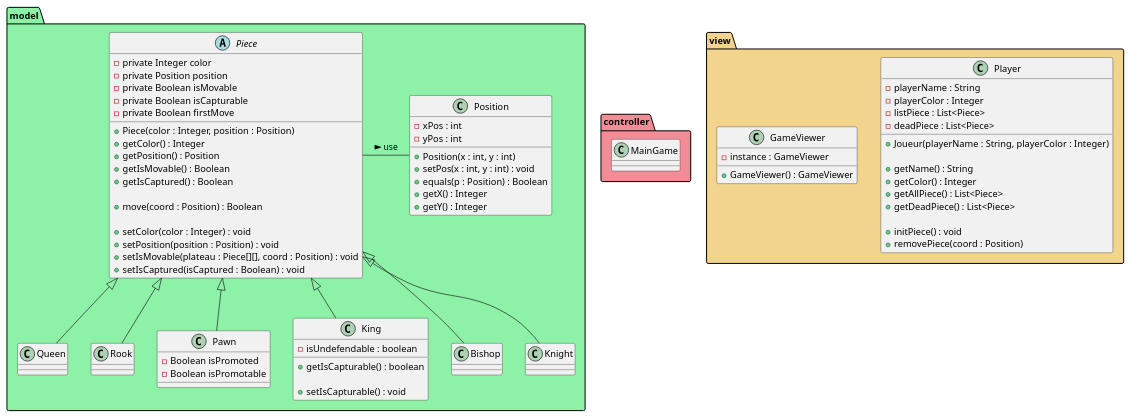
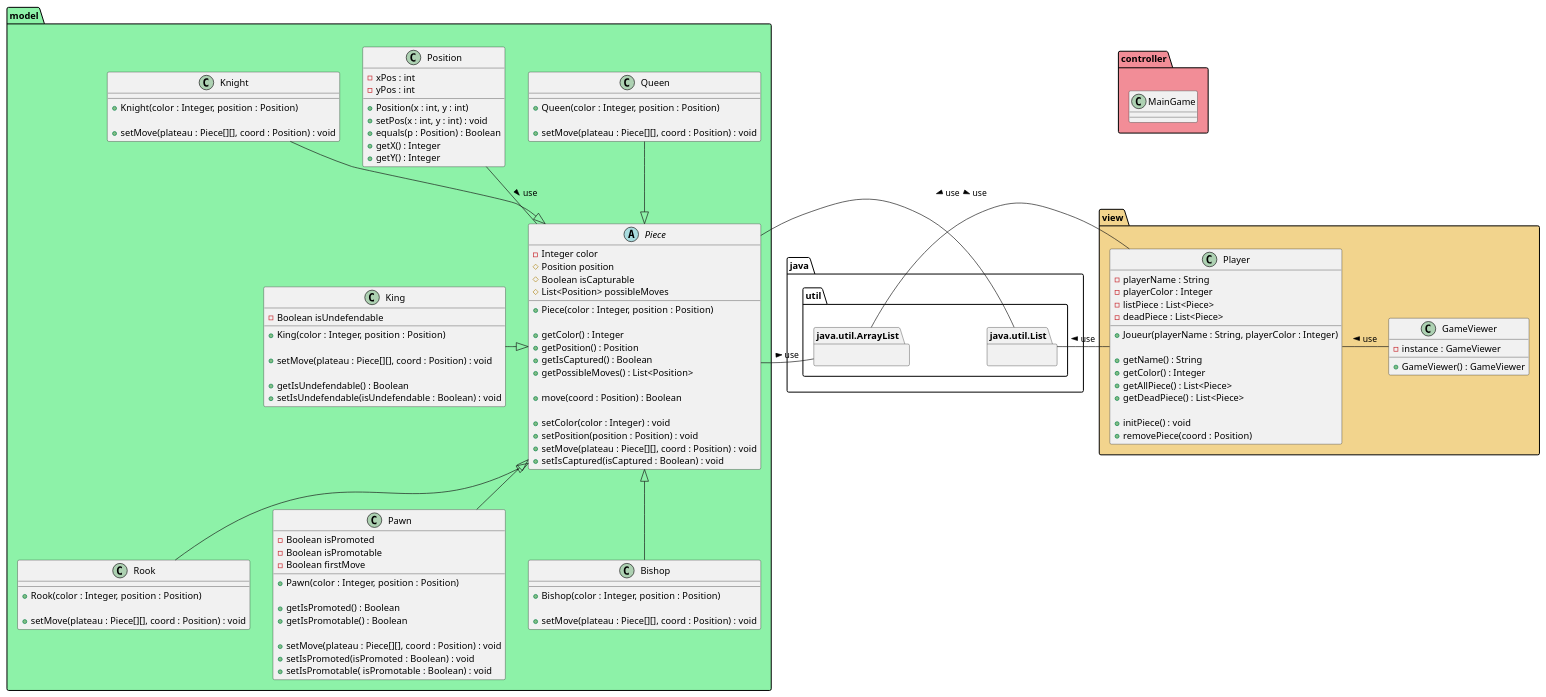
The diagram in uml/Class_Diagram_Chessgame.puml (Lienub/ChessGame), drawn with PlantUML before and after one commit. The commit also changed 19 other files, not shown here.

Commit message:
Suite UML & Dev. Model

```diff
--- a/uml/Class_Diagram_Chessgame.puml
+++ b/uml/Class_Diagram_Chessgame.puml
@@ -1,107 +1,148 @@
 @startuml
 /'=================================
-  ===          MODEL           ===
+  ===          IMPORT           ===
+  ================================='/
+  package java.util.List{}
+  package java.util.ArrayList{}
+/'=================================
+  ===          MODEL            ===
   ================================='/
 package model #8df2a8{
     abstract class Piece {
-        - private Integer color
-        - private Position position
-        - private Boolean isMovable
-        - private Boolean isCapturable
-        - private Boolean firstMove
+        - Integer color
+        # Position position
+        # Boolean isCapturable
+        # List<Position> possibleMoves
 
         + Piece(color : Integer, position : Position)
+
         + getColor() : Integer
         + getPosition() : Position
-        + getIsMovable() : Boolean
         + getIsCaptured() : Boolean
+        + getPossibleMoves() : List<Position>
 
         + move(coord : Position) : Boolean
 
         + setColor(color : Integer) : void
         + setPosition(position : Position) : void
-        + setIsMovable(plateau : Piece[][], coord : Position) : void
+        + setMove(plateau : Piece[][], coord : Position) : void
         + setIsCaptured(isCaptured : Boolean) : void
 
     }
 
     class Position{
         - xPos : int
         - yPos : int
 
         + Position(x : int, y : int)
         + setPos(x : int, y : int) : void
         + equals(p : Position) : Boolean
         + getX() : Integer
         + getY() : Integer
     }
 
-    class Queen extends Piece{
+    class Queen{
+        + Queen(color : Integer, position : Position)
 
+        + setMove(plateau : Piece[][], coord : Position) : void
     }
 
-    class Rook extends Piece{
+    class Rook{
+        + Rook(color : Integer, position : Position)
 
+        + setMove(plateau : Piece[][], coord : Position) : void
     }
 
-    class Pawn extends Piece{
+    class Pawn{
         - Boolean isPromoted
         - Boolean isPromotable
+        - Boolean firstMove
+
+        + Pawn(color : Integer, position : Position)
+
+        + getIsPromoted() : Boolean
+        + getIsPromotable() : Boolean
+
+        + setMove(plateau : Piece[][], coord : Position) : void
+        + setIsPromoted(isPromoted : Boolean) : void
+        + setIsPromotable( isPromotable : Boolean) : void
     }
 
-    class King extends Piece{
-        - isUndefendable : boolean
+    class King{
+        - Boolean isUndefendable
 
-        + getIsCapturable() : boolean
+        + King(color : Integer, position : Position)
 
-        + setIsCapturable() : void
+        + setMove(plateau : Piece[][], coord : Position) : void
+
+        + getIsUndefendable() : Boolean
+        + setIsUndefendable(isUndefendable : Boolean) : void
     }
 
-    class Bishop extends Piece{
+    class Bishop{
+        + Bishop(color : Integer, position : Position)
 
+        + setMove(plateau : Piece[][], coord : Position) : void
     }
 
-    class Knight extends Piece{
+    class Knight{
+        + Knight(color : Integer, position : Position)
 
+        + setMove(plateau : Piece[][], coord : Position) : void
     }
 }
 /'=================================
   ===        CONTROLLER         ===
   ================================='/
 package controller #f28d97{
     class MainGame{
     }
 }
 /'=================================
   ===           VIEW            ===
   ================================='/
 package view #f2d48d{
     class Player {
         - playerName : String
         - playerColor : Integer
         - listPiece : List<Piece>
         - deadPiece : List<Piece>
 
         + Joueur(playerName : String, playerColor : Integer)
 
         + getName() : String
         + getColor() : Integer
         + getAllPiece() : List<Piece>
         + getDeadPiece() : List<Piece>
 
         + initPiece() : void
         + removePiece(coord : Position)
     }
 
     class GameViewer {
         - instance : GameViewer
 
         + GameViewer() : GameViewer
     }
 }
 /'=================================
   ===          LINKS            ===
   ================================='/
-Piece - Position : use >
+Position -- Piece : use >
 
+Knight --|> Piece
+Piece <|-- Pawn
+Piece <|-- Bishop
+Piece <|-- Rook
+King -|> Piece
+Piece <|-u- Queen
+
+
+Piece - java.util.List : use >
+Player - java.util.List : use >
+java.util.ArrayList - Piece  : use <
+java.util.ArrayList - Player : use <
+java.util.List -l[hidden]- java.util.ArrayList
+
+GameViewer -l- Player : use >
 @enduml
```
